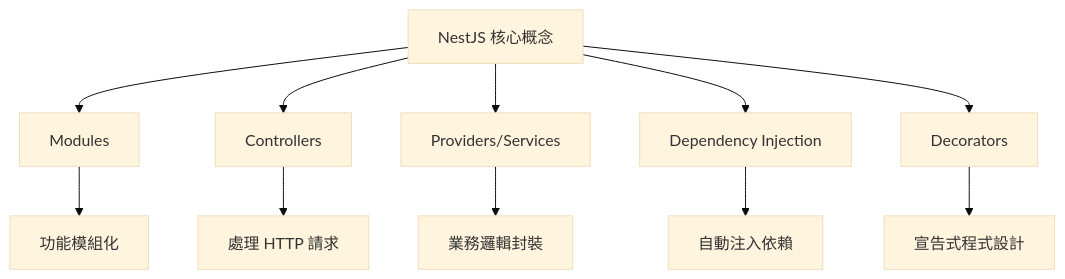
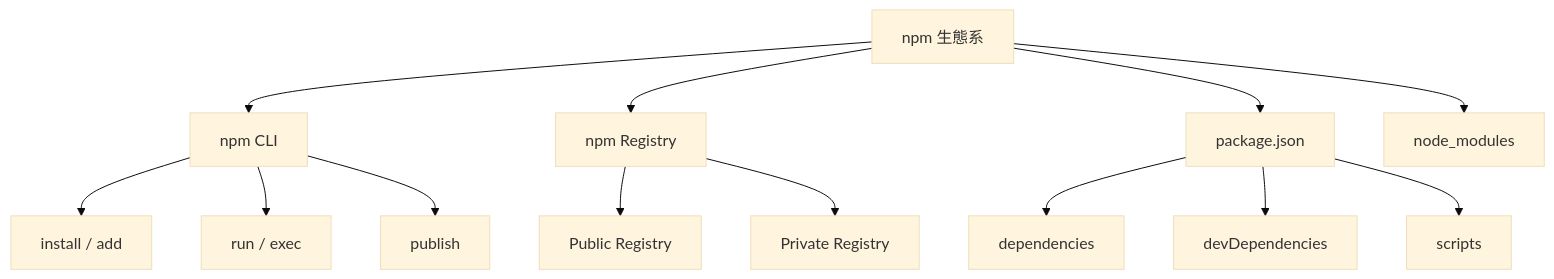
Before and after one commit to chihhung/Blog: the sixth of 30 diagrams in content/posts/教學/framework/Node.js生態系教學手冊.md, drawn with Mermaid (base theme). The commit also changed other lines of this file, not shown here.

Commit message:
更新 Node.js 生態系教學手冊

````diff
--- a/content/posts/教學/framework/Node.js生態系教學手冊.md
+++ b/content/posts/教學/framework/Node.js生態系教學手冊.md
@@ -959,14 +663,16 @@
 ```mermaid
 graph TD
-    A[NestJS 核心概念] --> B[Modules]
-    A --> C[Controllers]
-    A --> D[Providers/Services]
-    A --> E[Dependency Injection]
-    A --> F[Decorators]
+    A[npm 生態系] --> B[npm CLI]
+    A --> C[npm Registry]
+    A --> D[package.json]
+    A --> E[node_modules]
     
-    B --> B1[功能模組化]
-    C --> C1[處理 HTTP 請求]
-    D --> D1[業務邏輯封裝]
-    E --> E1[自動注入依賴]
-    F --> F1[宣告式程式設計]
+    B --> B1[install / add]
+    B --> B2[run / exec]
+    B --> B3[publish]
+    C --> C1[Public Registry]
+    C --> C2[Private Registry]
+    D --> D1[dependencies]
+    D --> D2[devDependencies]
+    D --> D3[scripts]
 ```
````
